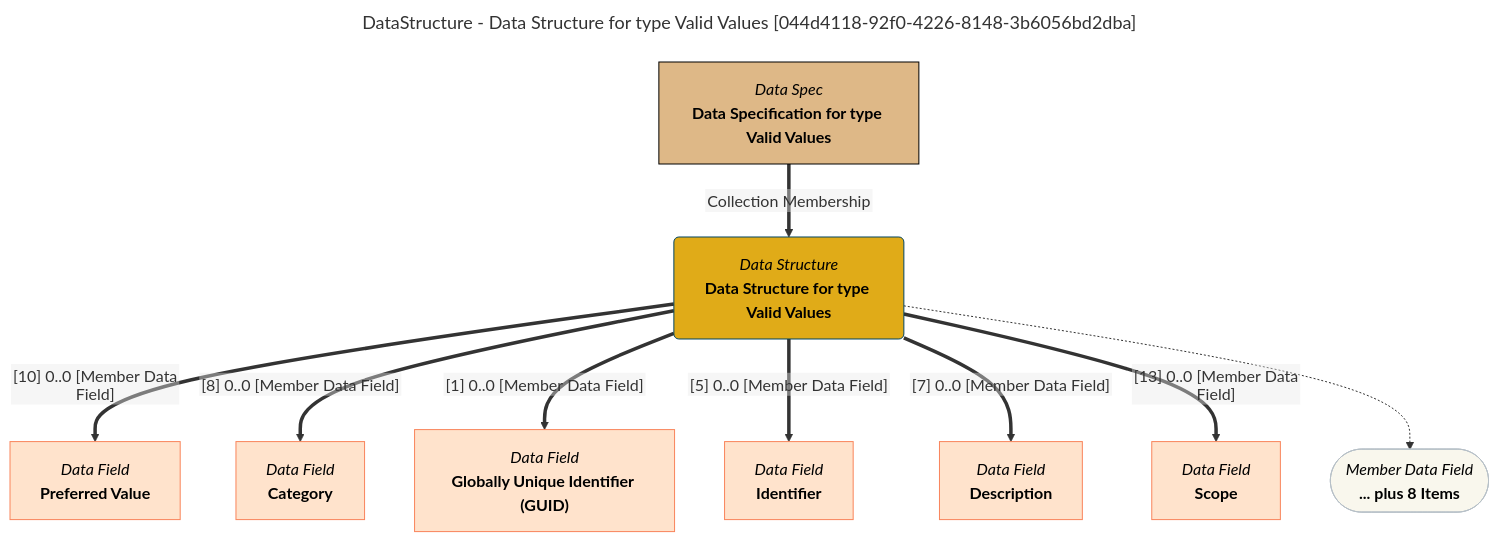
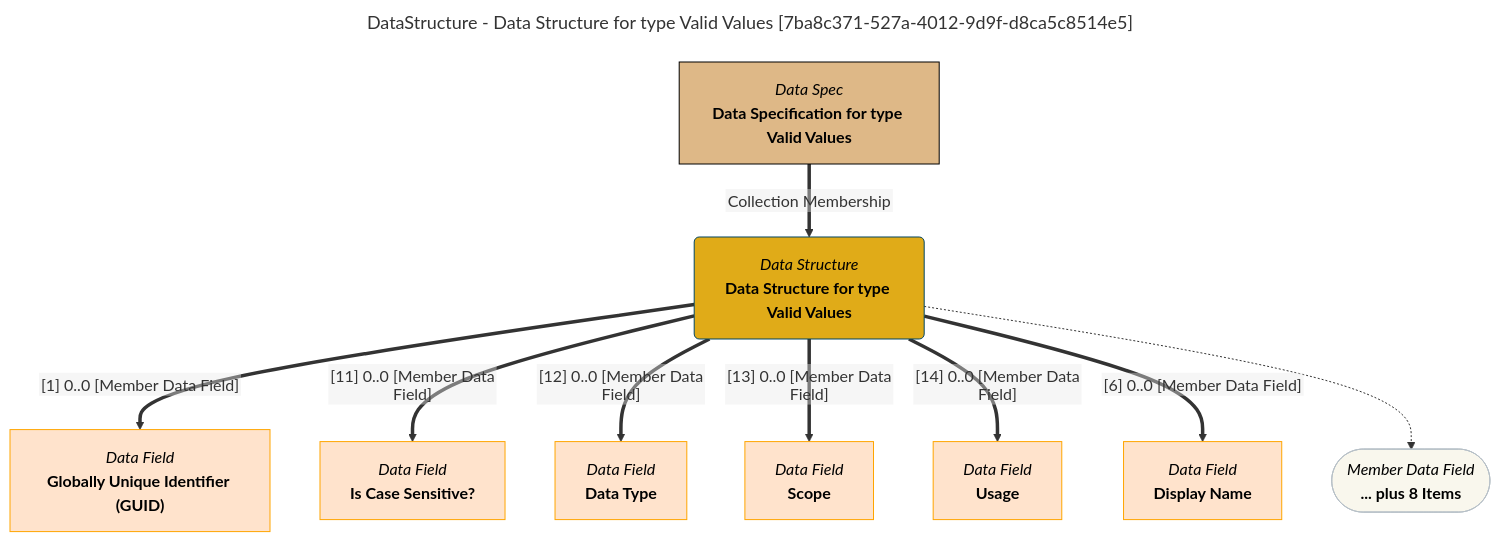
Before and after one commit to odpi/egeria-docs: the diagram in site/snippets/data-structures/data-structure-for-type-valid-values-mermaid-graph.md, drawn with Mermaid. The commit also changed 2201 other files, not shown here.

````diff
--- a/site/snippets/data-structures/data-structure-for-type-valid-values-mermaid-graph.md
+++ b/site/snippets/data-structures/data-structure-for-type-valid-values-mermaid-graph.md
@@ -1,43 +1,43 @@
 ```mermaid
 ---
-title: DataStructure - Data Structure for type Valid Values [044d4118-92f0-4226-8148-3b6056bd2dba]
+title: DataStructure - Data Structure for type Valid Values [7ba8c371-527a-4012-9d9f-d8ca5c8514e5]
 ---
 flowchart TD
 %%{init: {"flowchart": {"htmlLabels": false}} }%%
 
 1@{ shape: rounded, label: "*Data Structure*
 **Data Structure for type Valid Values**"}
 2@{ shape: rect, label: "*Data Spec*
 **Data Specification for type Valid Values**"}
 2==>|"Collection Membership"|1
 3@{ shape: rect, label: "*Data Field*
-**Preferred Value**"}
-1==>|"[10] 0..0 [Member Data Field]"|3
+**Globally Unique Identifier (GUID)**"}
+1==>|"[1] 0..0 [Member Data Field]"|3
 4@{ shape: rect, label: "*Data Field*
-**Category**"}
-1==>|"[8] 0..0 [Member Data Field]"|4
+**Is Case Sensitive?**"}
+1==>|"[11] 0..0 [Member Data Field]"|4
 5@{ shape: rect, label: "*Data Field*
-**Globally Unique Identifier (GUID)**"}
-1==>|"[1] 0..0 [Member Data Field]"|5
+**Data Type**"}
+1==>|"[12] 0..0 [Member Data Field]"|5
 6@{ shape: rect, label: "*Data Field*
-**Identifier**"}
-1==>|"[5] 0..0 [Member Data Field]"|6
+**Scope**"}
+1==>|"[13] 0..0 [Member Data Field]"|6
 7@{ shape: rect, label: "*Data Field*
-**Description**"}
-1==>|"[7] 0..0 [Member Data Field]"|7
+**Usage**"}
+1==>|"[14] 0..0 [Member Data Field]"|7
 8@{ shape: rect, label: "*Data Field*
-**Scope**"}
-1==>|"[13] 0..0 [Member Data Field]"|8
+**Display Name**"}
+1==>|"[6] 0..0 [Member Data Field]"|8
 9@{ shape: stadium, label: "*Member Data Field*
 **... plus 8 Items**"}
 1-.->9
 style 1 color:#000000, fill:#e0ab18, stroke:#004563
-style 2 color:#000000, fill:#deb887, stroke:#000000
-style 3 color:#000000, fill:#ffe3cc, stroke:#f9845b
-style 4 color:#000000, fill:#ffe3cc, stroke:#f9845b
-style 5 color:#000000, fill:#ffe3cc, stroke:#f9845b
-style 6 color:#000000, fill:#ffe3cc, stroke:#f9845b
-style 7 color:#000000, fill:#ffe3cc, stroke:#f9845b
-style 8 color:#000000, fill:#ffe3cc, stroke:#f9845b
+style 2 color:#000000, fill:#DEB887, stroke:#000000
+style 3 color:#000000, fill:#ffe3cc, stroke:#FFA500
+style 4 color:#000000, fill:#ffe3cc, stroke:#FFA500
+style 5 color:#000000, fill:#ffe3cc, stroke:#FFA500
+style 6 color:#000000, fill:#ffe3cc, stroke:#FFA500
+style 7 color:#000000, fill:#ffe3cc, stroke:#FFA500
+style 8 color:#000000, fill:#ffe3cc, stroke:#FFA500
 style 9 color:#000000, fill:#F9F7ED, stroke:#b7c0c7
 ```
````
